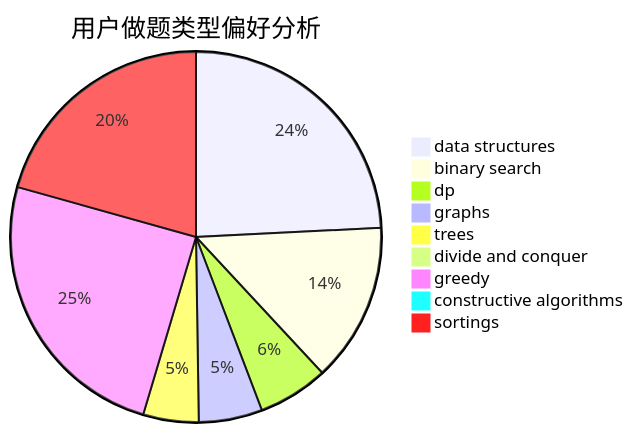
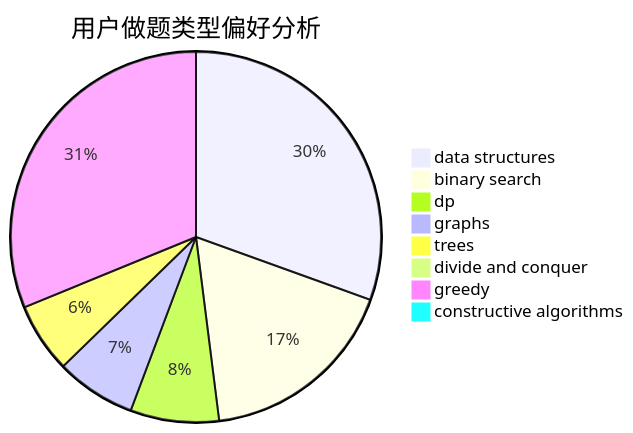
Before and after one commit to sherpahu/cfrs.github.io: the second of 3 diagrams in docs/user/u1265.md, drawn with Mermaid. The commit also changed other lines of this file and 2769 other files, not shown here.

````diff
--- a/docs/user/u1265.md
+++ b/docs/user/u1265.md
@@ -18,12 +18,11 @@
 ```mermaid
 pie title 用户做题类型偏好分析
     "data structures" :  450
     "binary search" :  258
     "dp" :  114
     "graphs" :  103
     "trees" :  90
     "divide and conquer" :  3
     "greedy" :  460
     "constructive algorithms" :  13
-    "sortings" :  384
 ```
````
